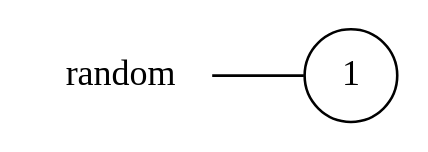
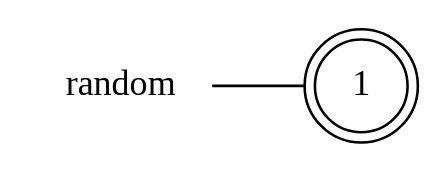
One commit to gabrielegenovese/chorer changed the diagram in out/random_local_view.dot. Above: the diagram before and after it, drawn with Graphviz. The commit also changed 7 other files, not shown here.

```diff
--- a/out/random_local_view.dot
+++ b/out/random_local_view.dot
@@ -1,7 +1,7 @@
 digraph random {
 	rankdir="LR";
 	n_0 [label="random", shape="plaintext"];
-	n_1 [id="1", shape=circle, label="1"];
+	n_1 [id="1", shape=doublecircle, label="1"];
 	n_0 -> n_1 [arrowhead=none];
 
 }
```
